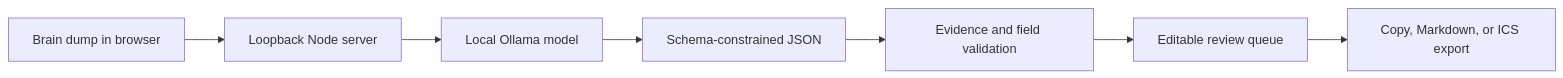
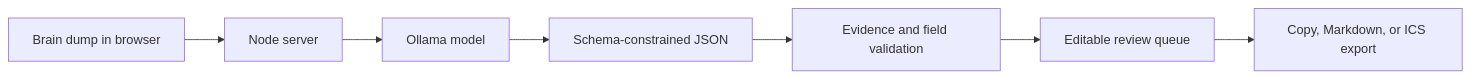
The diagram in README.md (swapnil-coder5/Later), drawn with Mermaid before and after one commit. The commit also changed other lines of this file and 11 other files, not shown here.

````diff
--- a/README.md
+++ b/README.md
@@ -43,9 +62,9 @@
 ```mermaid
 flowchart LR
-    A[Brain dump in browser] --> B[Loopback Node server]
-    B --> C[Local Ollama model]
+    A[Brain dump in browser] --> B[Node server]
+    B --> C[Ollama model]
     C --> D[Schema-constrained JSON]
     D --> E[Evidence and field validation]
     E --> F[Editable review queue]
     F --> G[Copy, Markdown, or ICS export]
 ```
````
